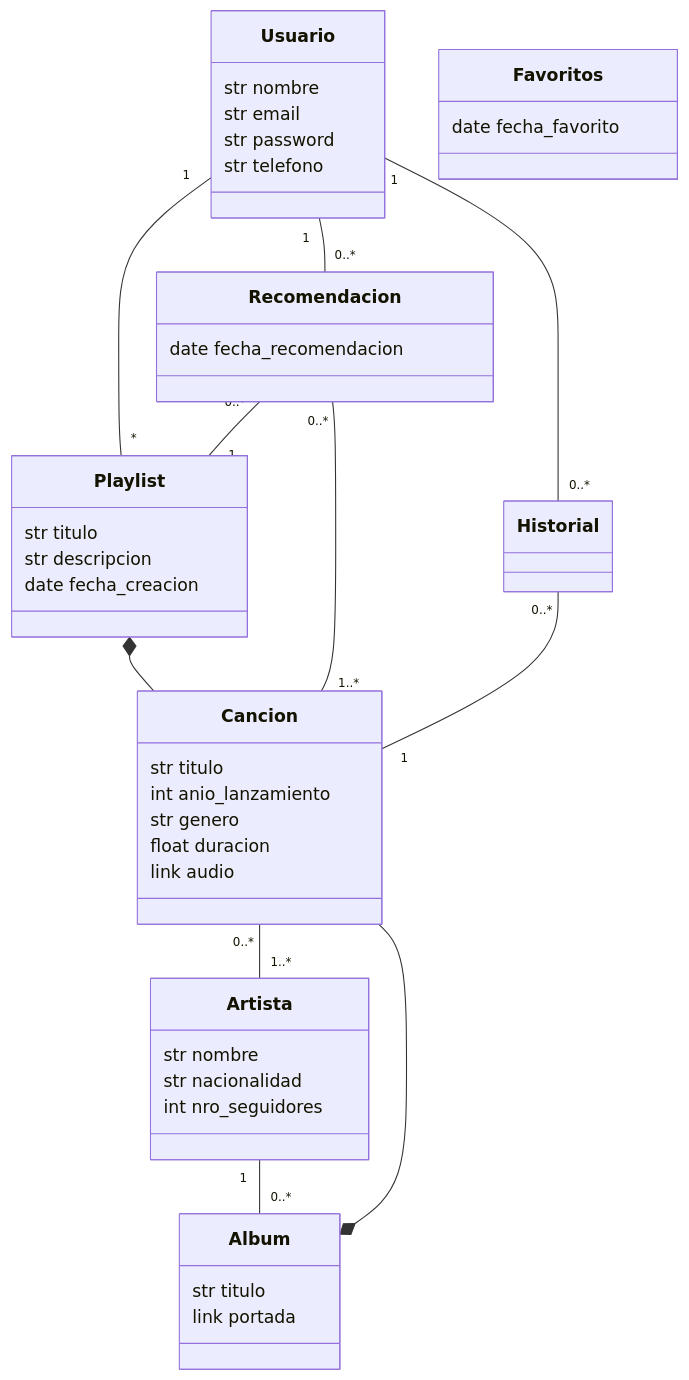
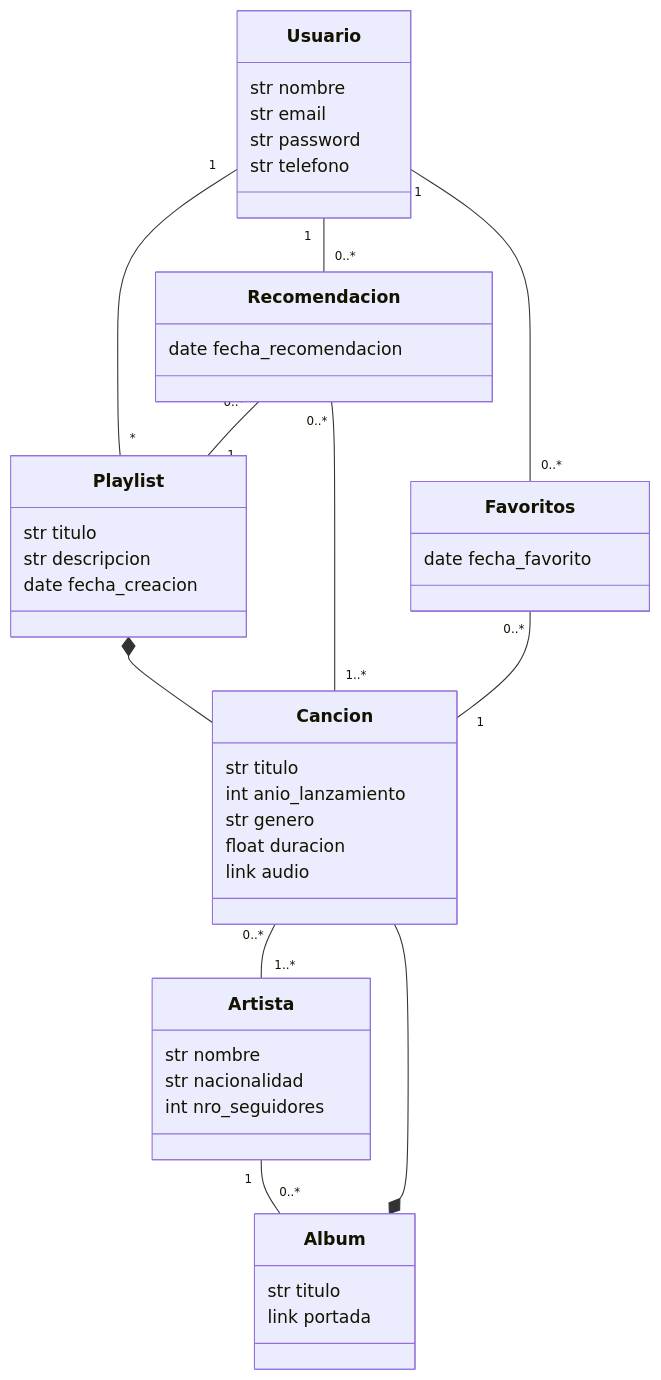
Before and after one commit to flechaVivas/G2307: the diagram in TPI/PROYECTO.md, drawn with Mermaid.

````diff
--- a/TPI/PROYECTO.md
+++ b/TPI/PROYECTO.md
@@ -16,32 +16,32 @@
 ```mermaid
 classDiagram
 Usuario "1" -- "*" Playlist: 
 Playlist *-- Cancion
 Cancion "0..*" -- "1..*" Artista
 Artista "1" --  "0..*" Album
 Album *-- Cancion 
 Usuario "1" -- "0..*" Recomendacion
 Recomendacion "0..*" -- "1..*" Cancion 
 Recomendacion "0..*" -- "1" Playlist 
-Usuario "1" -- "0..*" Historial
-Historial "0..*" -- "1" Cancion
+Usuario "1" -- "0..*" Favoritos
+Favoritos "0..*" -- "1" Cancion
 Usuario : str nombre
 Usuario : str email
 Usuario : str password
 Usuario : str telefono
 Playlist: str titulo
 Playlist: str descripcion
 Playlist: date fecha_creacion
 Cancion: str titulo
 Cancion: int anio_lanzamiento
 Cancion: str genero
 Cancion: float duracion
 Cancion: link audio
 Artista: str nombre
 Artista: str nacionalidad
 Artista: int nro_seguidores
 Album: str titulo
 Album: link portada
 Recomendacion: date fecha_recomendacion
 Favoritos: date fecha_favorito
 ```  
````
